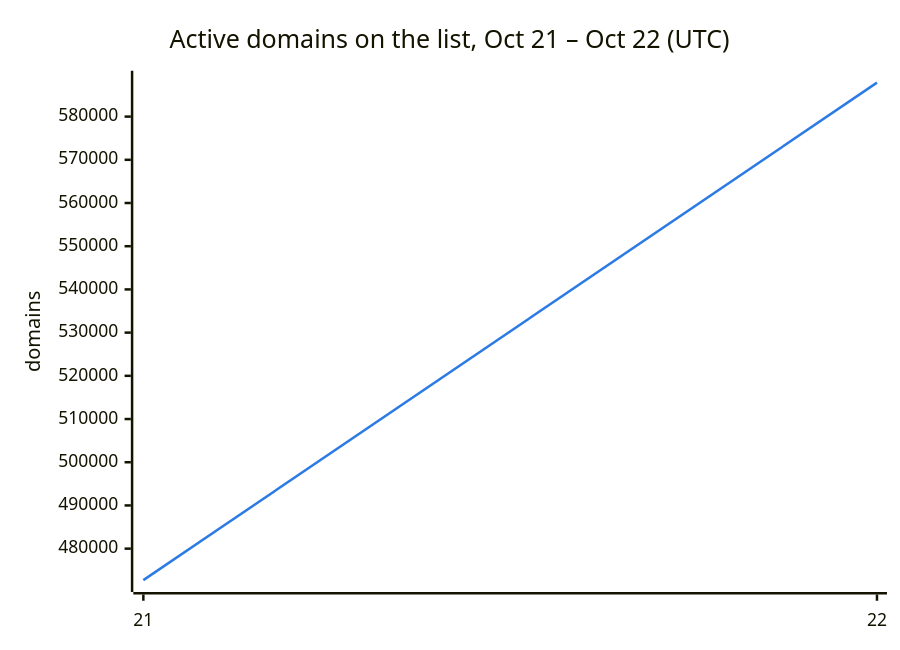
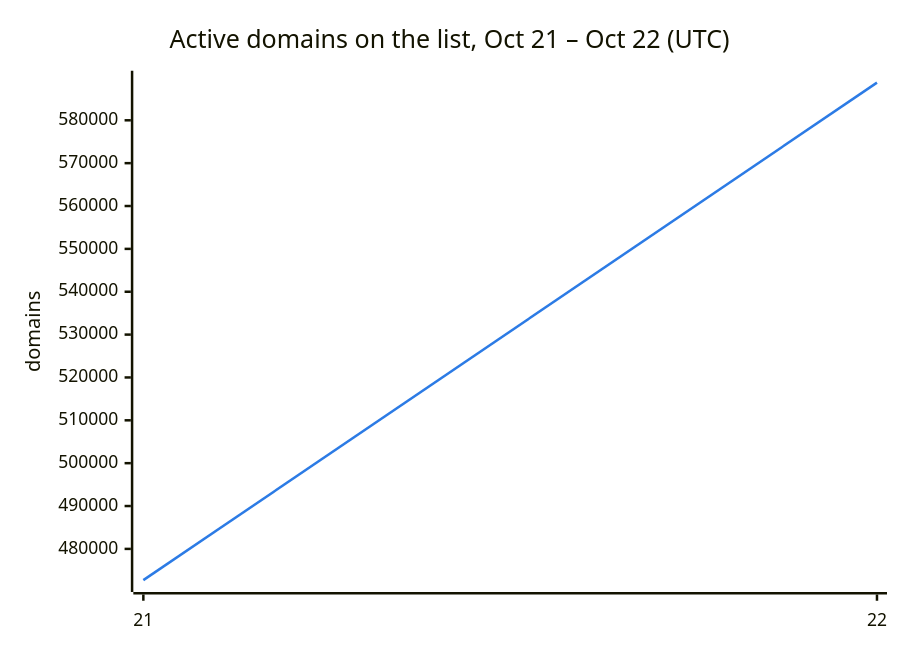
Before and after one commit to DNSBunker/CTI: the second of 3 diagrams in README.md, drawn with Mermaid. The commit also changed other lines of this file and 3 other files, not shown here.

````diff
--- a/README.md
+++ b/README.md
@@ -38,8 +38,8 @@
 ```mermaid
 %%{init: {"themeVariables": {"xyChart": {"plotColorPalette": "#2c7be5"}}}}%%
 xychart-beta
     title "Active domains on the list, Oct 21 – Oct 22 (UTC)"
     x-axis ["21", "22"]
     y-axis "domains"
-    line [472713, 587865]
+    line [472713, 588790]
 ```
````
